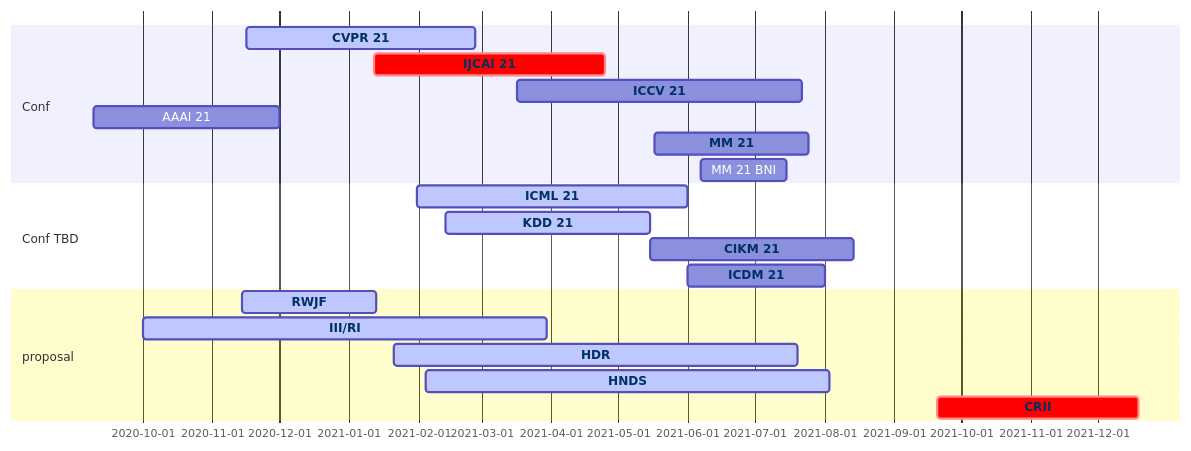
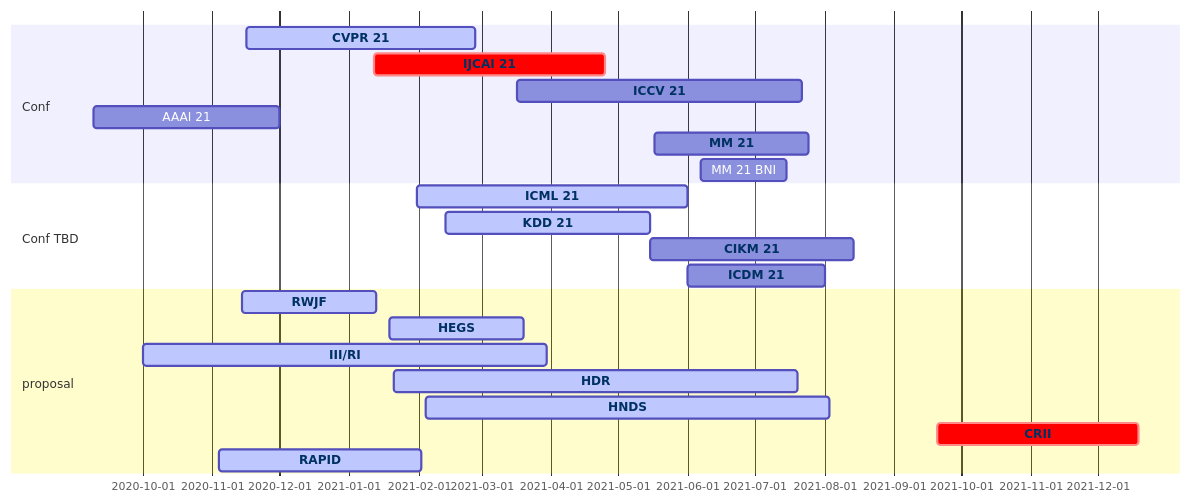
One commit to aquastar/academic-kickstart changed the diagram in content/post/conf/index.md. Above: the diagram before and after it, drawn with Mermaid.

````diff
--- a/content/post/conf/index.md
+++ b/content/post/conf/index.md
@@ -16,37 +16,41 @@
 ```mermaid
 gantt
   dateFormat  MM/DD/YY
   section Conf
     CVPR 21 :active, cvpr, 11/16/20, 02/26/21
     IJCAI 21 :crit, ijcai, 01/12/21, 04/25/21
     ICCV 21 :iccv, 03/17/21, 07/22/21
     AAAI 21 :aaai, 09/09/20, 12/01/20
     MM 21:mm, 05/17/21, 07/25/21
     MM 21 BNI:mmbni, 06/07/21, 07/15/21
   section Conf TBD
     ICML 21:active, icml, 01/31/21, 06/01/21
     KDD 21:active, kdd, 02/13/21, 05/15/21
     CIKM 21:cikm, 05/15/21, 08/14/21
     ICDM 21:icdm, 06/01/21, 08/01/21
   section proposal
     RWJF :active, rwjf, 11/14/20, 60d
+    HEGS: active, hegs, 01/19/21, 60d
     III/RI: active, iis, 10/01/20, 180d
     HDR :active, hdr, 01/21/21, 180d
     HNDS :active, hnds, 02/04/21, 180d
     CRII :crit, crii, 09/20/21, 90d 
+    RAPID:active, rapid, 11/04/20, 90d
 
   click cvpr href "http://cvpr2021.thecvf.com/"
   click iccv href "http://iccv2021.thecvf.com/"
   click icml href "https://mermaidjs.github.io/"
   click ijcai href "http://www.ijcai-21.org/"
   click kdd href "http://www.kdd.org/kdd2021"
   click www href "https://www2021.thewebconf.org/"
   click cikm href "https://www.cikm2021.org/"
   click icdm href "http://icdm2021.bigke.org"
   click mm href "https://2020.acmmm.org/index.html"
   click crii href "https://www.nsf.gov/funding/pgm_summ.jsp?pims_id=504952"
   click hdr href "https://www.nsf.gov/funding/pgm_summ.jsp?pims_id=505828&org=NSF&sel_org=CISE&from=fund"
   click hnds href "https://www.nsf.gov/funding/pgm_summ.jsp?pims_id=505702"
   click rwjf href "https://anr.rwjf.org/viewCfp.do?cfpId=1509&cfpOverviewId="
   click iis href "https://www.nsf.gov/funding/pgm_summ.jsp?pims_id=505667&org=NSF"
+  click hegs href "https://www.nsf.gov/funding/pgm_summ.jsp?pims_id=505745&org=NSF&sel_org=NSF&from=fund"
+  click rapid href "https://www.nsf.gov/news/special_reports/coronavirus/"
 ```
````
